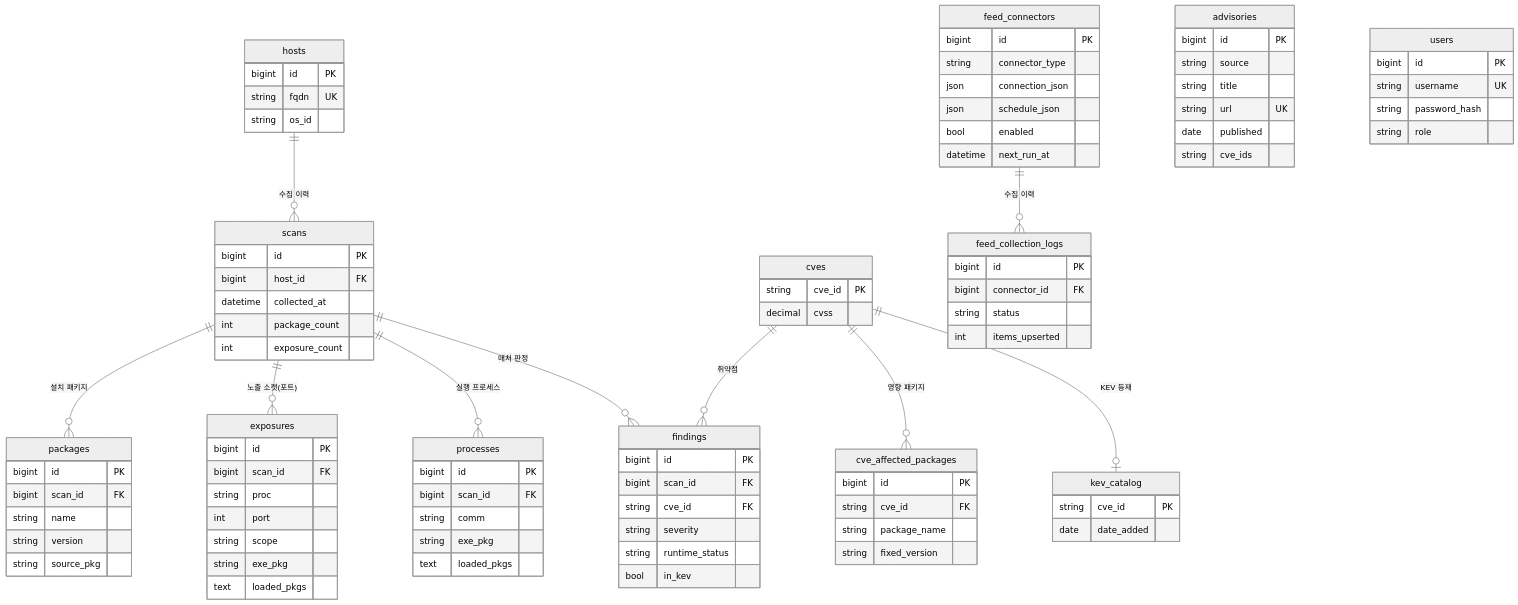
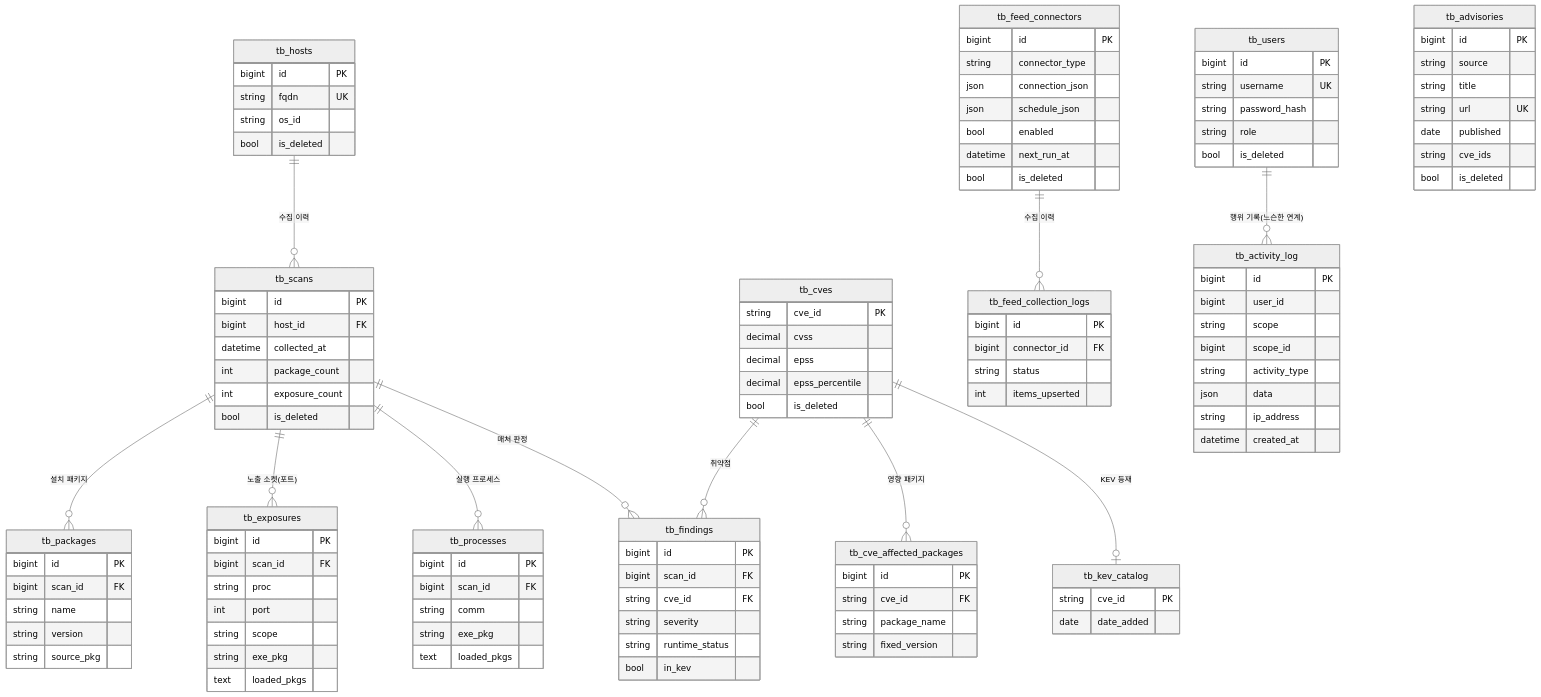
Before and after one commit to JeongDoWook/vuln-agent: the fifth of 6 diagrams in docs/architecture.md, drawn with Mermaid (neutral theme). The commit also changed other lines of this file and 3 other files, not shown here.

````diff
--- a/docs/architecture.md
+++ b/docs/architecture.md
@@ -174,35 +196,38 @@
 ```mermaid
 erDiagram
-    hosts ||--o{ scans : "수집 이력"
-    scans ||--o{ packages : "설치 패키지"
-    scans ||--o{ exposures : "노출 소켓(포트)"
-    scans ||--o{ processes : "실행 프로세스"
-    scans ||--o{ findings : "매처 판정"
-    cves  ||--o{ cve_affected_packages : "영향 패키지"
-    cves  ||--o{ findings : "취약점"
-    cves  ||--o| kev_catalog : "KEV 등재"
-    feed_connectors ||--o{ feed_collection_logs : "수집 이력"
+    tb_hosts ||--o{ tb_scans : "수집 이력"
+    tb_scans ||--o{ tb_packages : "설치 패키지"
+    tb_scans ||--o{ tb_exposures : "노출 소켓(포트)"
+    tb_scans ||--o{ tb_processes : "실행 프로세스"
+    tb_scans ||--o{ tb_findings : "매처 판정"
+    tb_cves  ||--o{ tb_cve_affected_packages : "영향 패키지"
+    tb_cves  ||--o{ tb_findings : "취약점"
+    tb_cves  ||--o| tb_kev_catalog : "KEV 등재"
+    tb_feed_connectors ||--o{ tb_feed_collection_logs : "수집 이력"
+    tb_users ||--o{ tb_activity_log : "행위 기록(느슨한 연계)"
 
-    hosts {
+    tb_hosts {
         bigint id PK
         string fqdn UK
         string os_id
+        bool is_deleted
     }
-    scans {
+    tb_scans {
         bigint id PK
         bigint host_id FK
         datetime collected_at
         int package_count
         int exposure_count
+        bool is_deleted
     }
-    packages {
+    tb_packages {
         bigint id PK
         bigint scan_id FK
         string name
         string version
         string source_pkg
     }
-    exposures {
+    tb_exposures {
         bigint id PK
         bigint scan_id FK
         string proc
@@ -211,14 +236,14 @@
         string exe_pkg
         text loaded_pkgs
     }
-    processes {
+    tb_processes {
         bigint id PK
         bigint scan_id FK
         string comm
         string exe_pkg
         text loaded_pkgs
     }
-    findings {
+    tb_findings {
         bigint id PK
         bigint scan_id FK
         string cve_id FK
@@ -226,46 +251,62 @@
         string runtime_status
         bool in_kev
     }
-    cves {
+    tb_cves {
         string cve_id PK
         decimal cvss
+        decimal epss
+        decimal epss_percentile
+        bool is_deleted
     }
-    kev_catalog {
+    tb_kev_catalog {
         string cve_id PK
         date date_added
     }
-    cve_affected_packages {
+    tb_cve_affected_packages {
         bigint id PK
         string cve_id FK
         string package_name
         string fixed_version
     }
-    feed_connectors {
+    tb_feed_connectors {
         bigint id PK
         string connector_type
         json connection_json
         json schedule_json
         bool enabled
         datetime next_run_at
+        bool is_deleted
     }
-    feed_collection_logs {
+    tb_feed_collection_logs {
         bigint id PK
         bigint connector_id FK
         string status
         int items_upserted
     }
-    advisories {
+    tb_advisories {
         bigint id PK
         string source
         string title
         string url UK
         date published
         string cve_ids
+        bool is_deleted
     }
-    users {
+    tb_users {
         bigint id PK
         string username UK
         string password_hash
         string role
+        bool is_deleted
+    }
+    tb_activity_log {
+        bigint id PK
+        bigint user_id
+        string scope
+        bigint scope_id
+        string activity_type
+        json data
+        string ip_address
+        datetime created_at
     }
 ```
````
